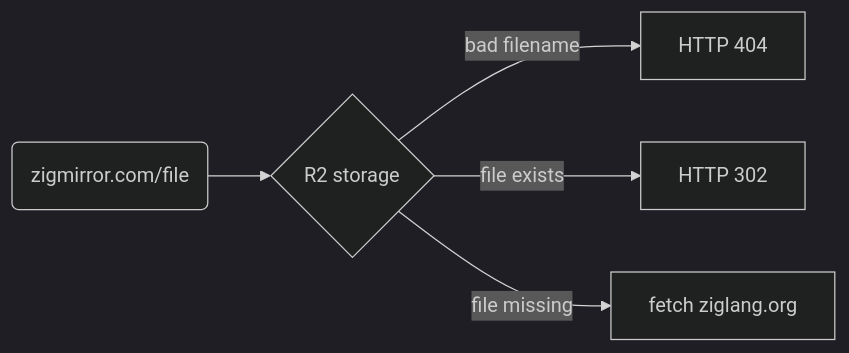
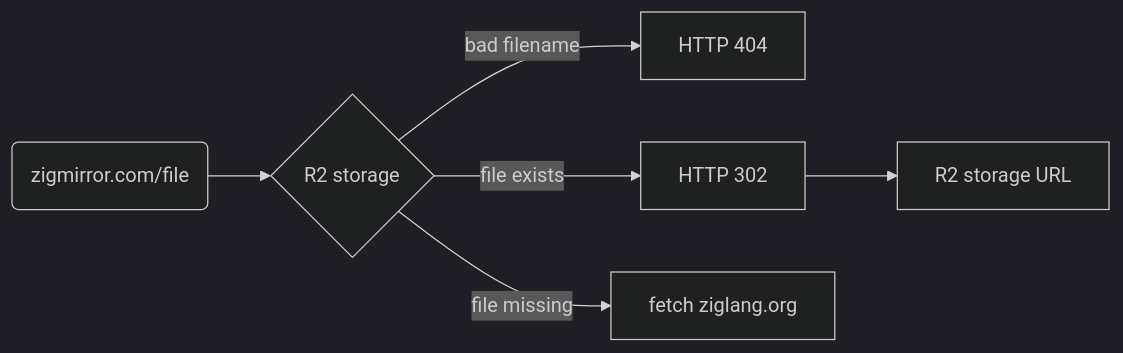
The diagram in README.md (inge4pres/zigmirror.com), drawn with Mermaid (dark theme) before and after one commit.

Commit message:
improve README

````diff
--- a/README.md
+++ b/README.md
@@ -12,8 +12,8 @@
 ```mermaid
 flowchart LR
     B(zigmirror.com/file)
     B --> C{R2 storage}
     C -->|bad filename| E[HTTP 404]
-    C -->|file exists| D[HTTP 302]
+    C -->|file exists| D[HTTP 302] -->Z[R2 storage URL]
     C -->|file missing| F[fetch ziglang.org]
 ```
````
